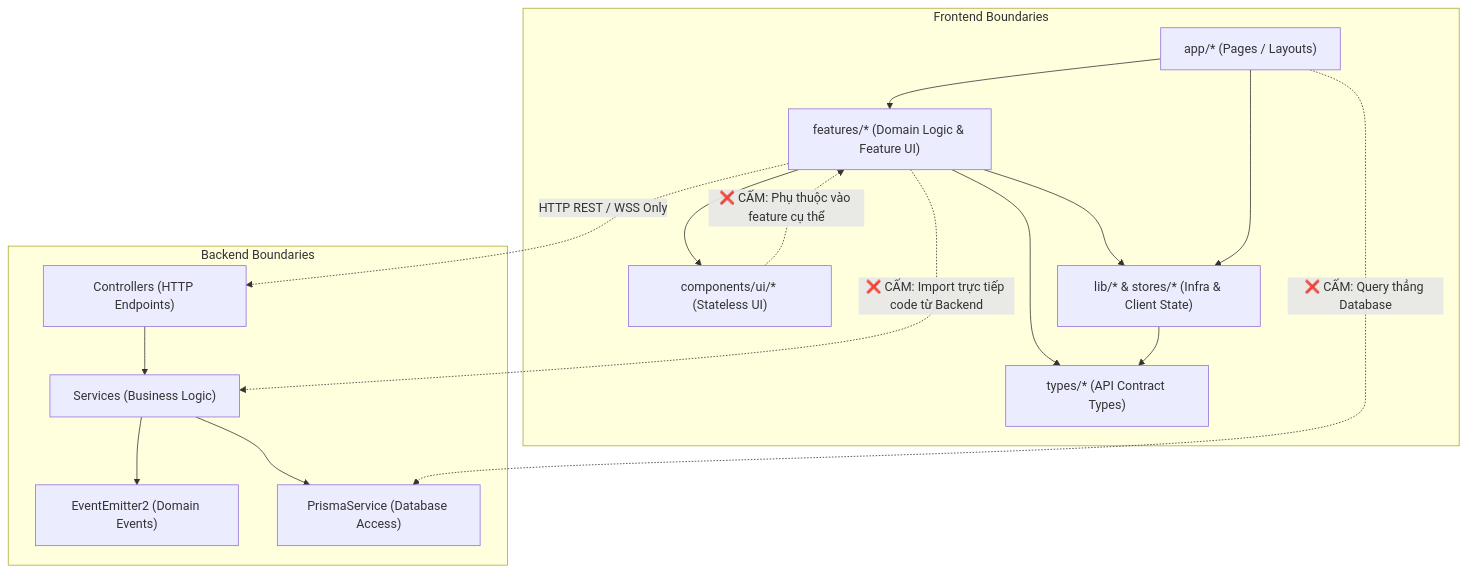
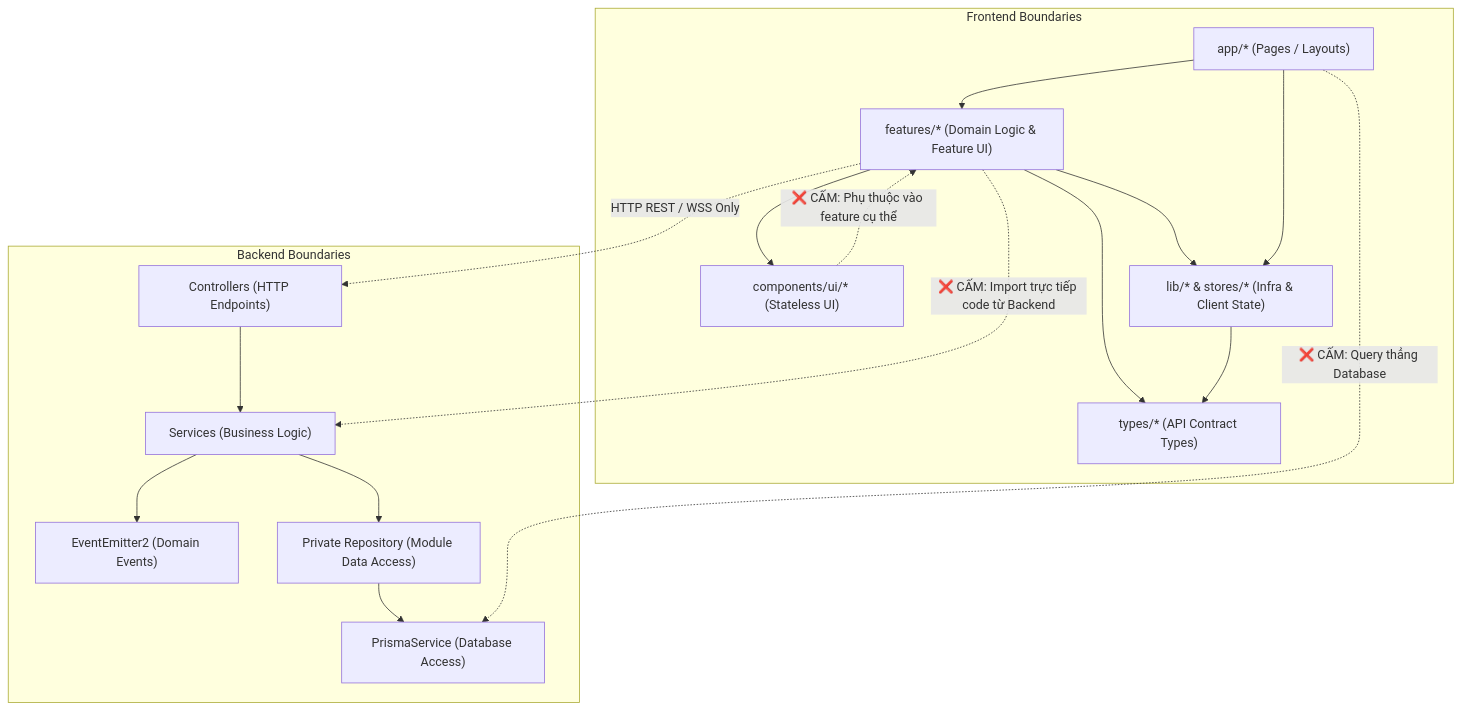
The second of 5 diagrams in docs/01-architecture.md (havanphong784/mxh), drawn with Mermaid before and after one commit. The commit also changed other lines of this file and 22 other files, not shown here.

Commit message:
refactor(backend): enforce private repository boundaries

````diff
--- a/docs/01-architecture.md
+++ b/docs/01-architecture.md
@@ -155,33 +155,35 @@
 ```mermaid
 graph TD
     subgraph FrontendBoundaries ["Frontend Boundaries"]
         AppRoutes["app/* (Pages / Layouts)"]
         Features["features/* (Domain Logic & Feature UI)"]
         ComponentsUI["components/ui/* (Stateless UI)"]
         SharedLib["lib/* & stores/* (Infra & Client State)"]
         ClientTypes["types/* (API Contract Types)"]
     end
 
     subgraph BackendBoundaries ["Backend Boundaries"]
         Controllers["Controllers (HTTP Endpoints)"]
         Services["Services (Business Logic)"]
         EventBusBE["EventEmitter2 (Domain Events)"]
+        PrivateRepo["Private Repository (Module Data Access)"]
         PrismaRepo["PrismaService (Database Access)"]
     end
 
     AppRoutes --> Features
     Features --> ComponentsUI
     Features --> SharedLib
     Features --> ClientTypes
     SharedLib --> ClientTypes
     AppRoutes --> SharedLib
 
     Controllers --> Services
-    Services --> PrismaRepo
+    Services --> PrivateRepo
+    PrivateRepo --> PrismaRepo
     Services --> EventBusBE
 
     Features -.->|"❌ CẤM: Import trực tiếp code từ Backend"| Services
     AppRoutes -.->|"❌ CẤM: Query thẳng Database"| PrismaRepo
     ComponentsUI -.->|"❌ CẤM: Phụ thuộc vào feature cụ thể"| Features
     Features -.->|"HTTP REST / WSS Only"| Controllers
 ```
````
